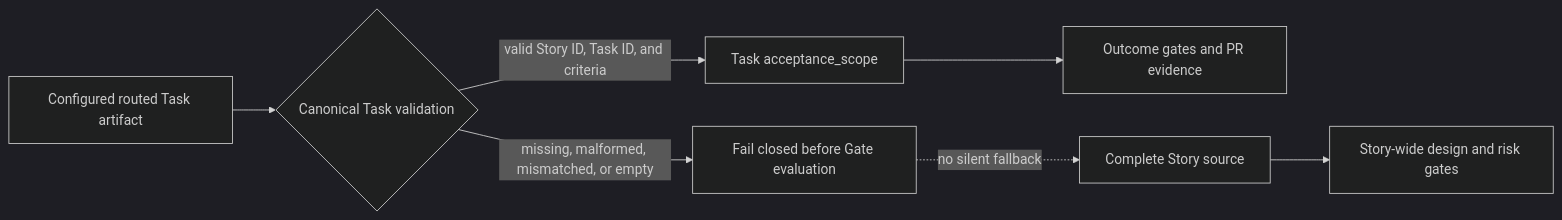
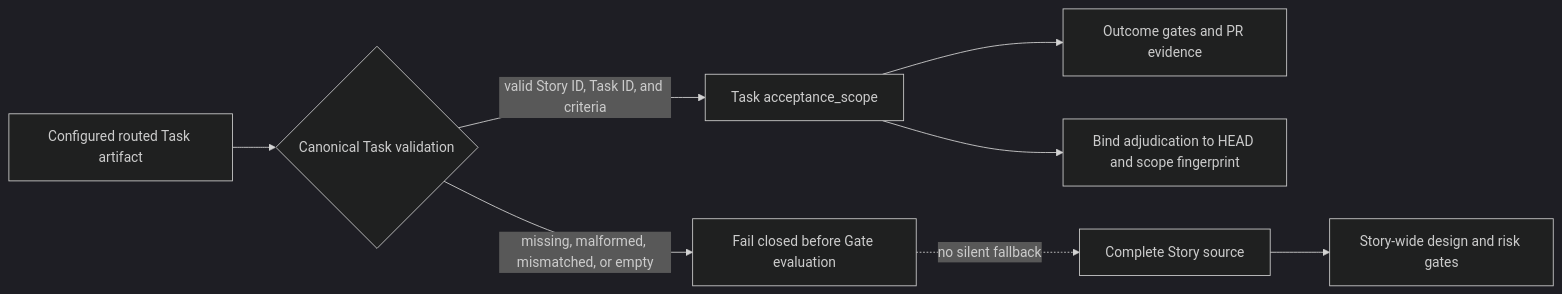
Before and after one commit to Unson-LLC/vibepro: the diagram in docs/specs/story-vibepro-task-scoped-pr-acceptance.md, drawn with Mermaid (dark theme). The commit also changed other lines of this file and 6 other files, not shown here.

Commit message:
fix(vibepro): bind adjudication to task scope

````diff
--- a/docs/specs/story-vibepro-task-scoped-pr-acceptance.md
+++ b/docs/specs/story-vibepro-task-scoped-pr-acceptance.md
@@ -51,9 +55,10 @@
 ```mermaid
 flowchart LR
   Input[Configured routed Task artifact] --> Validate{Canonical Task validation}
   Validate -->|valid Story ID, Task ID, and criteria| Scope[Task acceptance_scope]
   Scope --> Outcome[Outcome gates and PR evidence]
+  Scope --> Bind[Bind adjudication to HEAD and scope fingerprint]
   Validate -->|missing, malformed, mismatched, or empty| Reject[Fail closed before Gate evaluation]
   Story[Complete Story source] --> Design[Story-wide design and risk gates]
   Reject -. no silent fallback .-> Story
 ```
````
